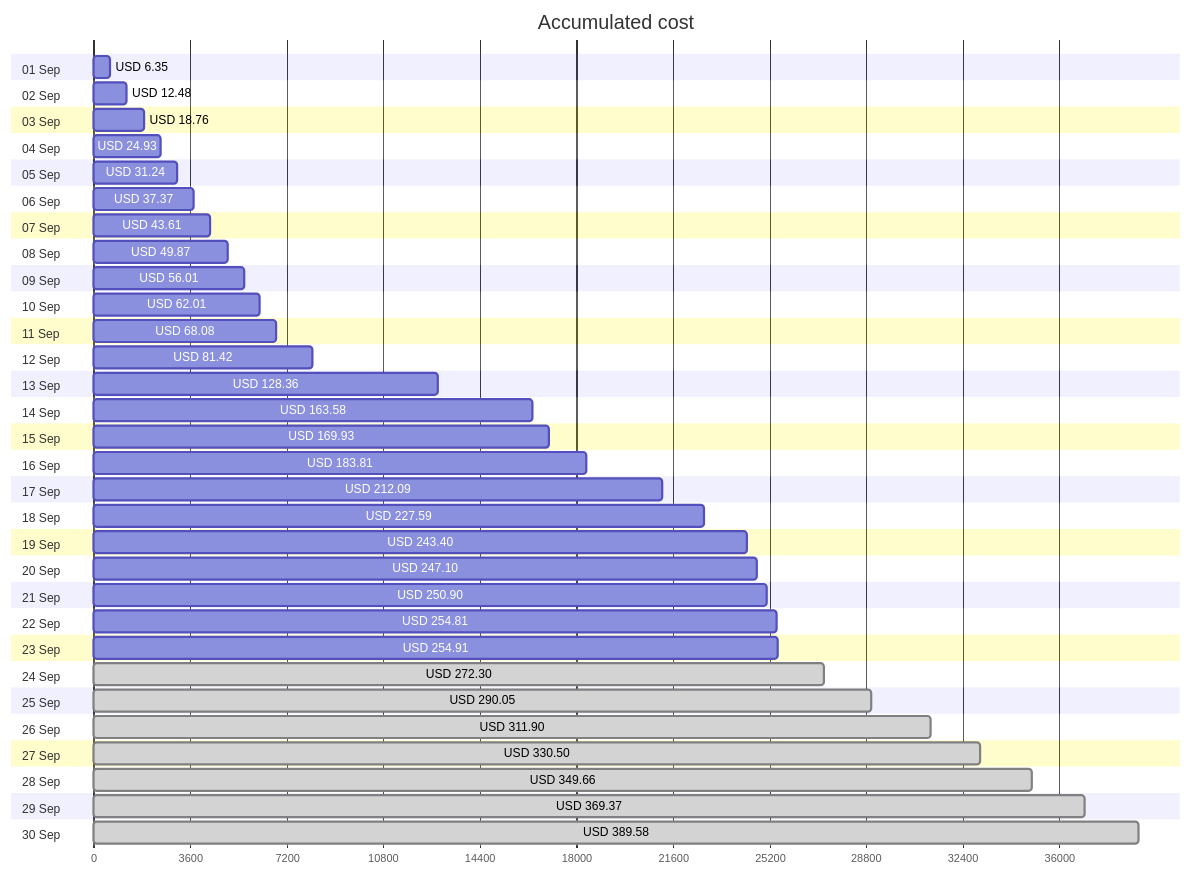
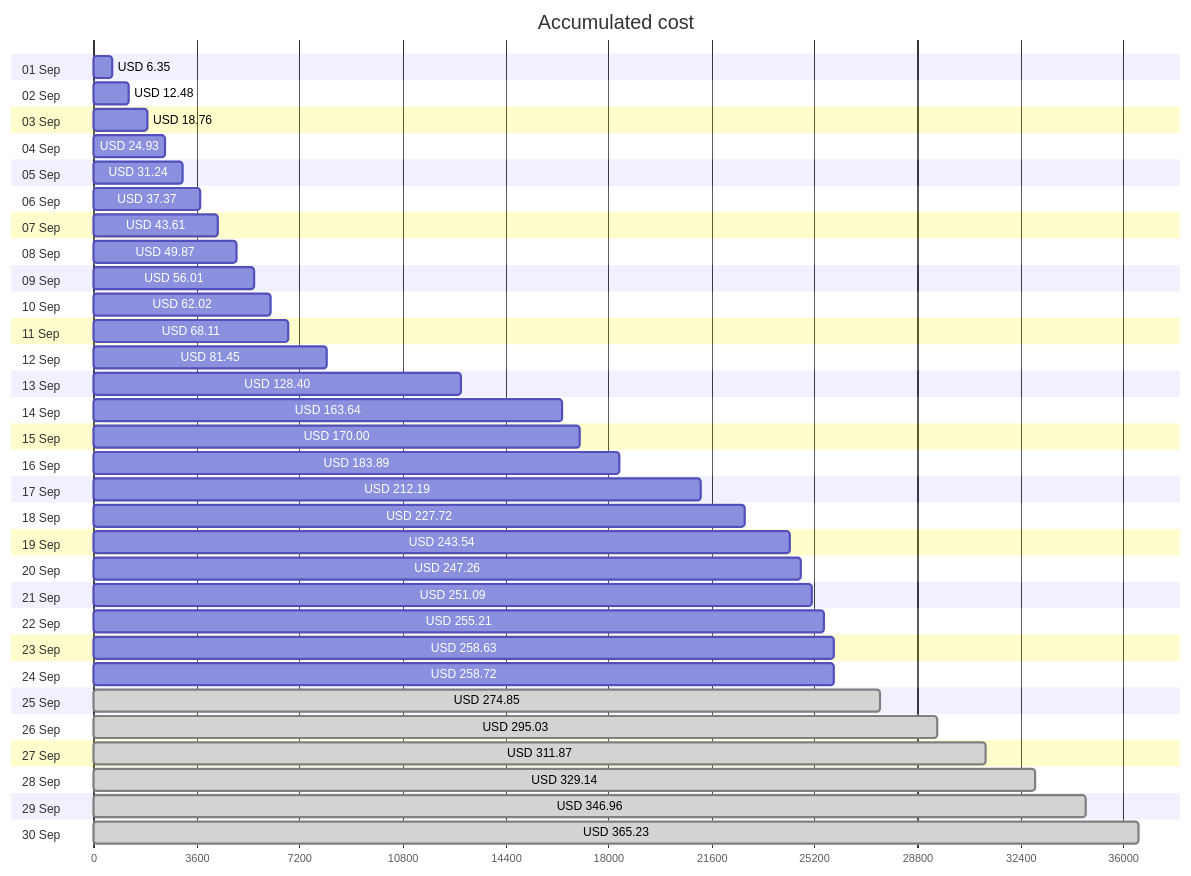
Before and after one commit to jpfulton/azure-personal-reports: the first of 4 diagrams in cost-reports/accumulated-cost.md, drawn with Mermaid. The commit also changed other lines of this file and 4 other files, not shown here.

````diff
--- a/cost-reports/accumulated-cost.md
+++ b/cost-reports/accumulated-cost.md
@@ -20,66 +20,66 @@
 ```mermaid
 gantt
    title Accumulated cost
    dateFormat  X
    axisFormat %s
    section 01 Sep
    USD 6.35 :0, 635
    section 02 Sep
    USD 12.48 :0, 1248
    section 03 Sep
    USD 18.76 :0, 1876
    section 04 Sep
    USD 24.93 :0, 2493
    section 05 Sep
    USD 31.24 :0, 3124
    section 06 Sep
    USD 37.37 :0, 3737
    section 07 Sep
    USD 43.61 :0, 4361
    section 08 Sep
    USD 49.87 :0, 4987
    section 09 Sep
    USD 56.01 :0, 5601
    section 10 Sep
-   USD 62.01 :0, 6201
+   USD 62.02 :0, 6202
    section 11 Sep
-   USD 68.08 :0, 6808
+   USD 68.11 :0, 6811
    section 12 Sep
-   USD 81.42 :0, 8142
+   USD 81.45 :0, 8145
    section 13 Sep
-   USD 128.36 :0, 12836
+   USD 128.40 :0, 12840
    section 14 Sep
-   USD 163.58 :0, 16358
+   USD 163.64 :0, 16364
    section 15 Sep
-   USD 169.93 :0, 16993
+   USD 170.00 :0, 17000
    section 16 Sep
-   USD 183.81 :0, 18381
+   USD 183.89 :0, 18389
    section 17 Sep
-   USD 212.09 :0, 21209
+   USD 212.19 :0, 21219
    section 18 Sep
-   USD 227.59 :0, 22759
+   USD 227.72 :0, 22772
    section 19 Sep
-   USD 243.40 :0, 24340
+   USD 243.54 :0, 24354
    section 20 Sep
-   USD 247.10 :0, 24710
+   USD 247.26 :0, 24726
    section 21 Sep
-   USD 250.90 :0, 25090
+   USD 251.09 :0, 25109
    section 22 Sep
-   USD 254.81 :0, 25481
+   USD 255.21 :0, 25521
    section 23 Sep
-   USD 254.91 :0, 25491
+   USD 258.63 :0, 25863
    section 24 Sep
-   USD 272.30 : done, 0, 27230
+   USD 258.72 :0, 25872
    section 25 Sep
-   USD 290.05 : done, 0, 29005
+   USD 274.85 : done, 0, 27485
    section 26 Sep
-   USD 311.90 : done, 0, 31190
+   USD 295.03 : done, 0, 29503
    section 27 Sep
-   USD 330.50 : done, 0, 33050
+   USD 311.87 : done, 0, 31187
    section 28 Sep
-   USD 349.66 : done, 0, 34966
+   USD 329.14 : done, 0, 32914
    section 29 Sep
-   USD 369.37 : done, 0, 36937
+   USD 346.96 : done, 0, 34696
    section 30 Sep
-   USD 389.58 : done, 0, 38958
+   USD 365.23 : done, 0, 36523
 ```
````
